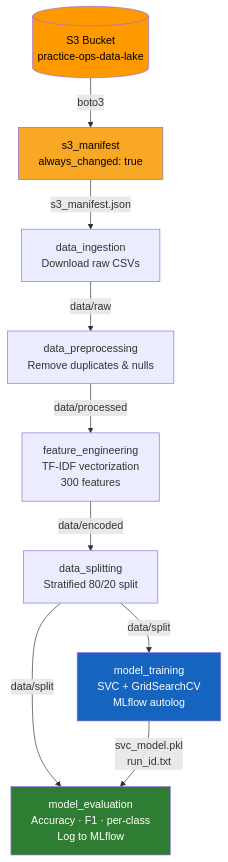
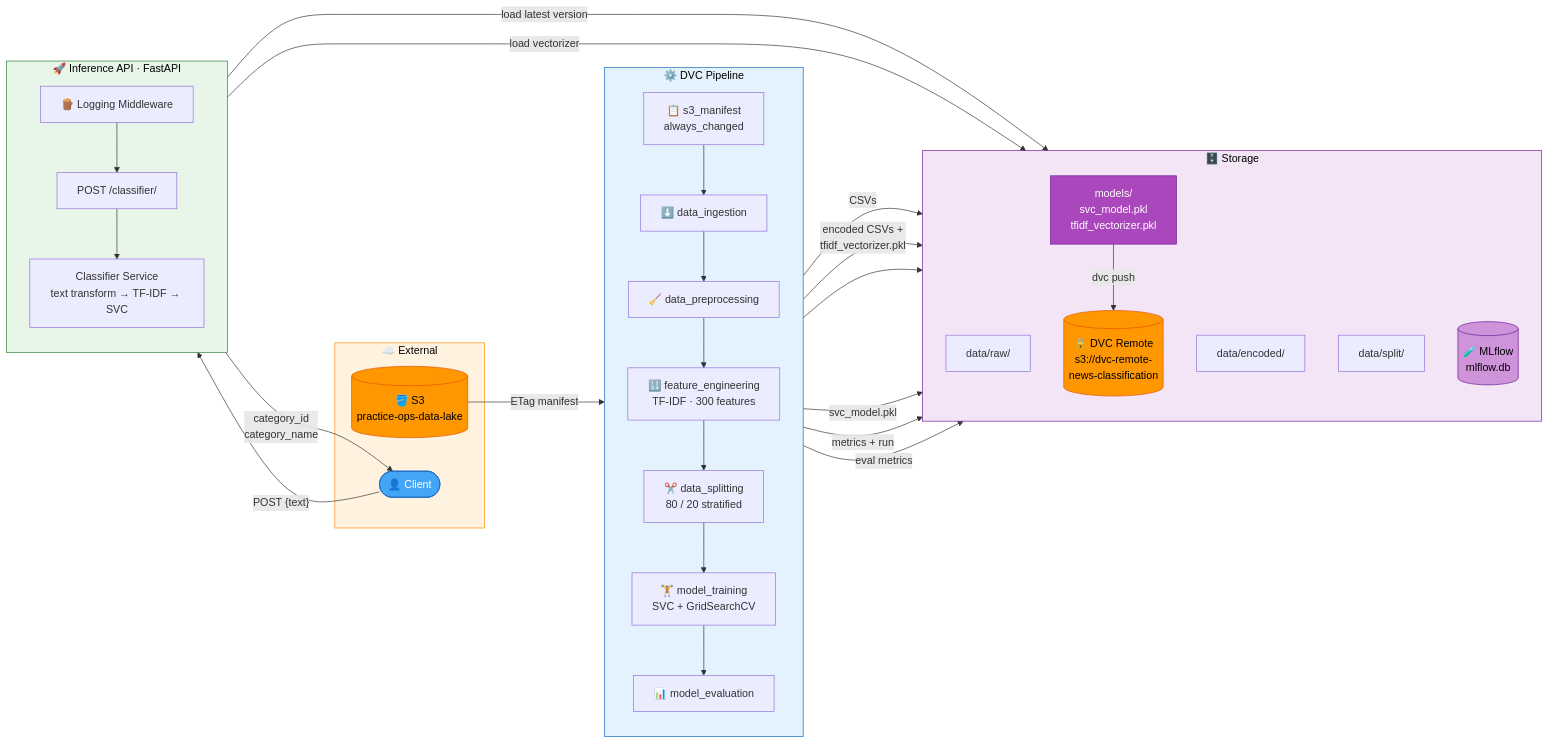
Before and after one commit to RafatMeraz/news-classification: the diagram in README.md, drawn with Mermaid. The commit also changed other lines of this file, not shown here.

````diff
--- a/README.md
+++ b/README.md
@@ -7,17 +7,63 @@
 ```mermaid
-flowchart TD
-    S3[(S3 Bucket\npractice-ops-data-lake)] -->|boto3| A
-    A[s3_manifest\nalways_changed: true] -->|s3_manifest.json| B
-    B[data_ingestion\nDownload raw CSVs] -->|data/raw| C
-    C[data_preprocessing\nRemove duplicates & nulls] -->|data/processed| D
-    D[feature_engineering\nTF-IDF vectorization\n300 features] -->|data/encoded| E
-    E[data_splitting\nStratified 80/20 split] -->|data/split| F
-    E -->|data/split| G
-    F[model_training\nSVC + GridSearchCV\nMLflow autolog] -->|svc_model.pkl\nrun_id.txt| G
-    G[model_evaluation\nAccuracy · F1 · per-class\nLog to MLflow]
+flowchart LR
+    subgraph EXT["☁️  External"]
+        S3[(🪣 S3\npractice-ops-data-lake)]
+        USER(["👤 Client"])
+    end
 
-    style A fill:#f9a825,color:#000
-    style S3 fill:#FF9900,color:#000
-    style F fill:#1565c0,color:#fff
-    style G fill:#2e7d32,color:#fff
+    subgraph PIPE["⚙️  DVC Pipeline"]
+        direction TB
+        SM["📋 s3_manifest\nalways_changed"]
+        DI["⬇️ data_ingestion"]
+        DP["🧹 data_preprocessing"]
+        FE["🔢 feature_engineering\nTF-IDF · 300 features"]
+        DS["✂️ data_splitting\n80 / 20 stratified"]
+        MT["🏋️ model_training\nSVC + GridSearchCV"]
+        ME["📊 model_evaluation"]
+
+        SM --> DI --> DP --> FE --> DS --> MT --> ME
+    end
+
+    subgraph STORE["🗄️  Storage"]
+        direction TB
+        RAW["data/raw/"]
+        ENC["data/encoded/"]
+        SPL["data/split/"]
+        MDL["models/\nsvc_model.pkl\ntfidf_vectorizer.pkl"]
+        MLB[(🧪 MLflow\nmlflow.db)]
+        DVC[(🔒 DVC Remote\ns3://dvc-remote-\nnews-classification)]
+    end
+
+    subgraph API["🚀  Inference API  · FastAPI"]
+        direction TB
+        MW["🪵 Logging Middleware"]
+        RT["POST /classifier/"]
+        SVC["Classifier Service\ntext transform → TF-IDF → SVC"]
+
+        MW --> RT --> SVC
+    end
+
+    S3 -->|"ETag manifest"| SM
+    DI -->|"CSVs"| RAW
+    FE -->|"encoded CSVs +\ntfidf_vectorizer.pkl"| ENC
+    DS --> SPL
+    MT -->|"svc_model.pkl"| MDL
+    MT -->|"metrics + run"| MLB
+    ME -->|"eval metrics"| MLB
+    MDL -->|"dvc push"| DVC
+
+    USER -->|"POST {text}"| MW
+    SVC -->|"load latest version"| MLB
+    SVC -->|"load vectorizer"| MDL
+    SVC -->|"category_id\ncategory_name"| USER
+
+    style EXT fill:#FFF3E0,stroke:#FB8C00,color:#000
+    style PIPE fill:#E3F2FD,stroke:#1565C0,color:#000
+    style STORE fill:#F3E5F5,stroke:#6A1B9A,color:#000
+    style API fill:#E8F5E9,stroke:#2E7D32,color:#000
+    style MLB fill:#CE93D8,stroke:#6A1B9A,color:#000
+    style DVC fill:#FF9800,stroke:#E65100,color:#000
+    style S3 fill:#FF9800,stroke:#E65100,color:#000
+    style USER fill:#42A5F5,stroke:#1565C0,color:#fff
+    style MDL fill:#AB47BC,stroke:#6A1B9A,color:#fff
 ```
````
